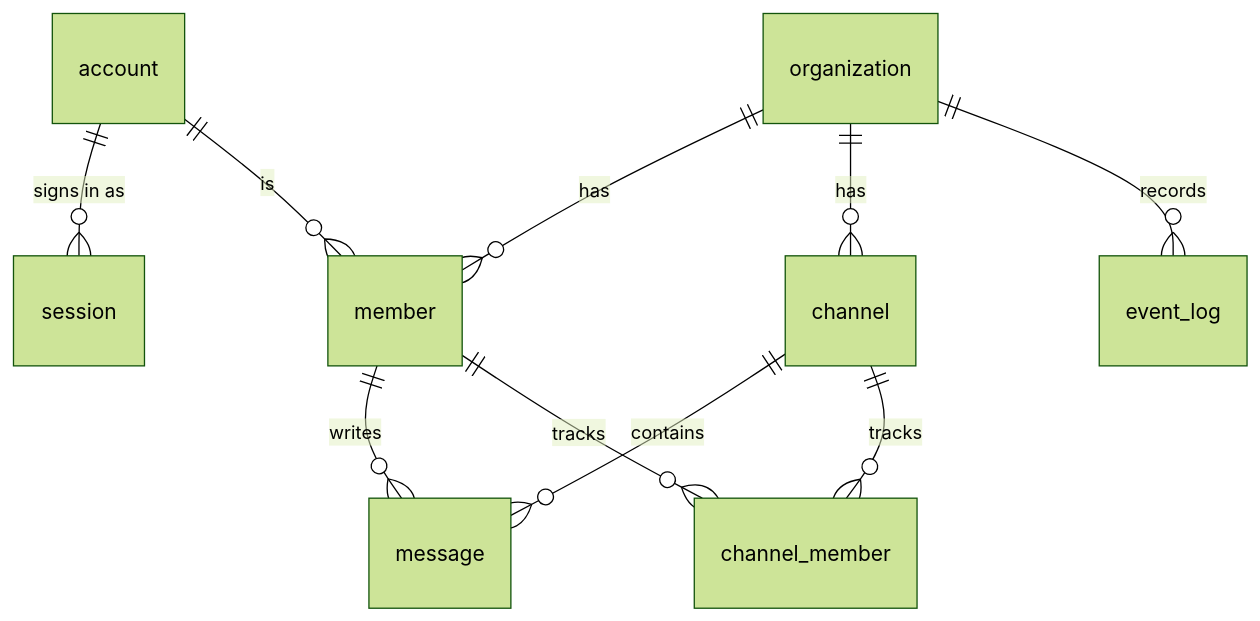
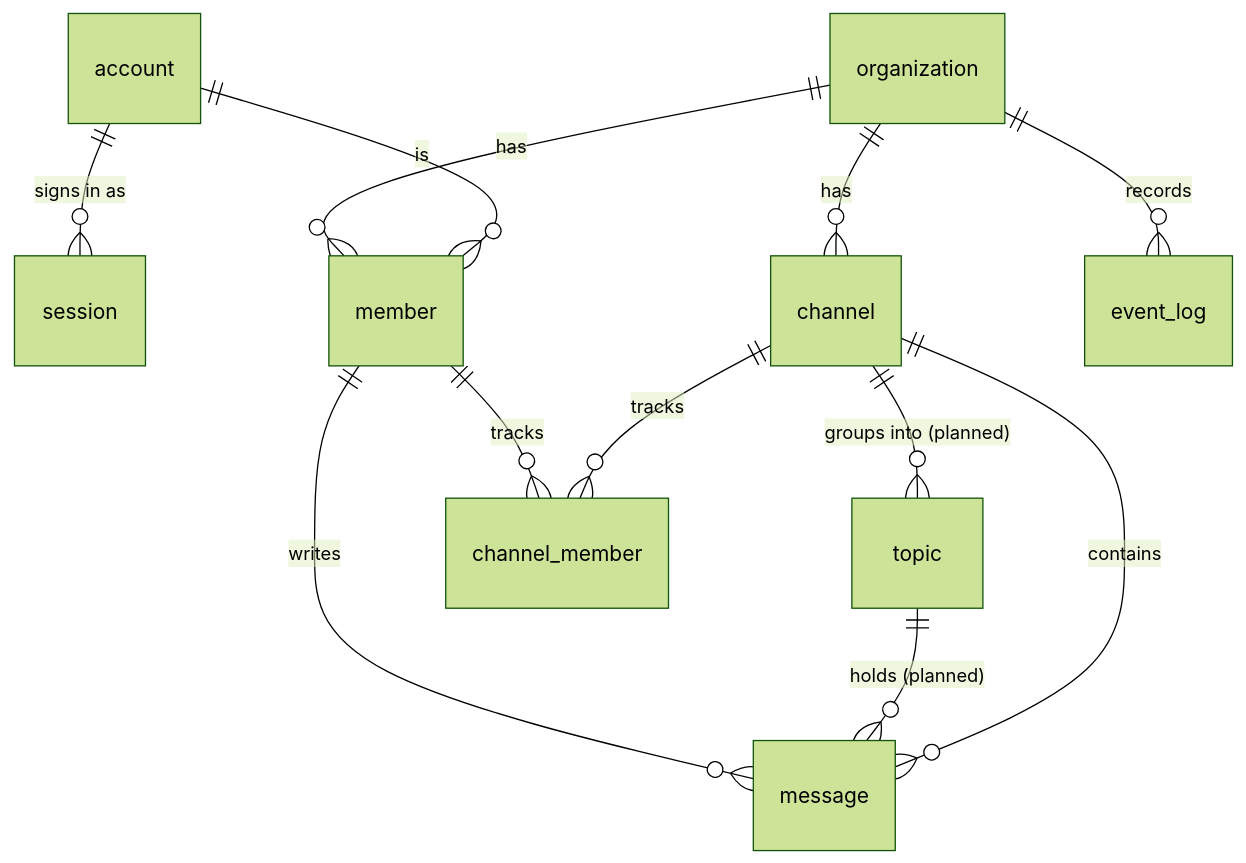
One commit to tkakkie/ribbitto changed the diagram in docs/domain/README.md. Above: the diagram before and after it, drawn with Mermaid (forest theme). The commit also changed other lines of this file and 6 other files, not shown here.

````diff
--- a/docs/domain/README.md
+++ b/docs/domain/README.md
@@ -46,12 +51,14 @@
 ```mermaid
 erDiagram
   account ||--o{ session : "signs in as"
   account ||--o{ member : "is"
   organization ||--o{ member : "has"
   organization ||--o{ channel : "has"
   organization ||--o{ event_log : "records"
   channel ||--o{ message : "contains"
+  channel ||--o{ topic : "groups into (planned)"
+  topic ||--o{ message : "holds (planned)"
   member ||--o{ message : "writes"
   channel ||--o{ channel_member : "tracks"
   member ||--o{ channel_member : "tracks"
 ```
````
